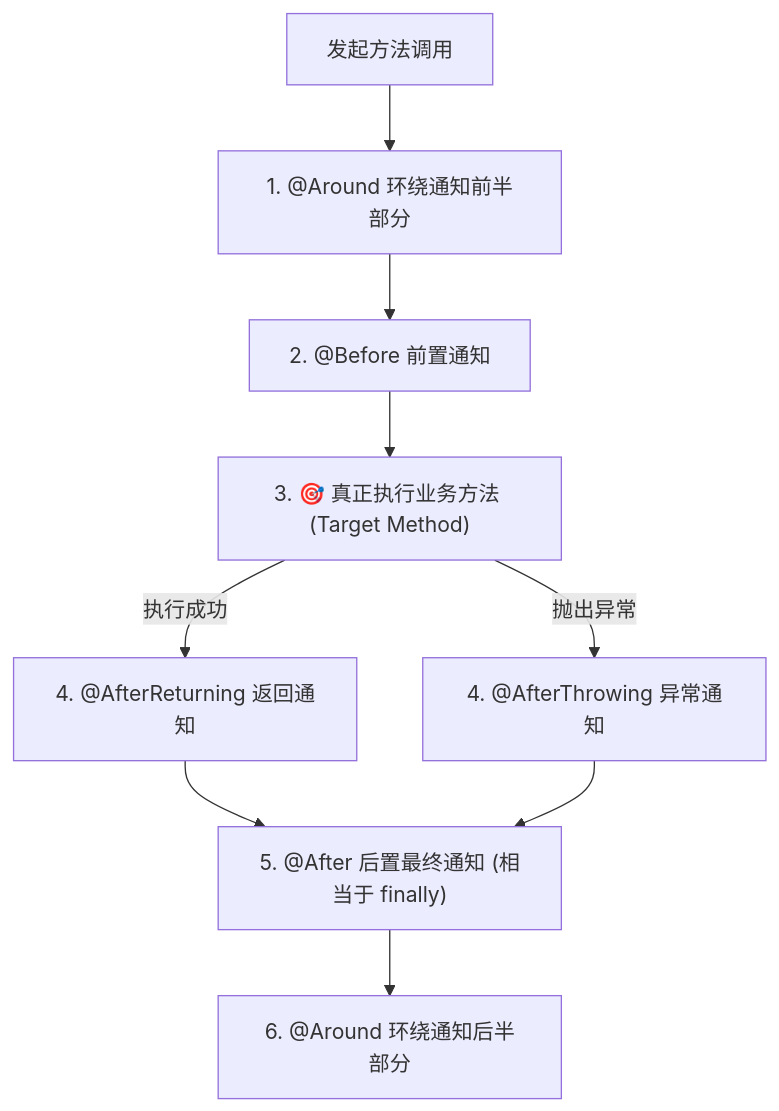
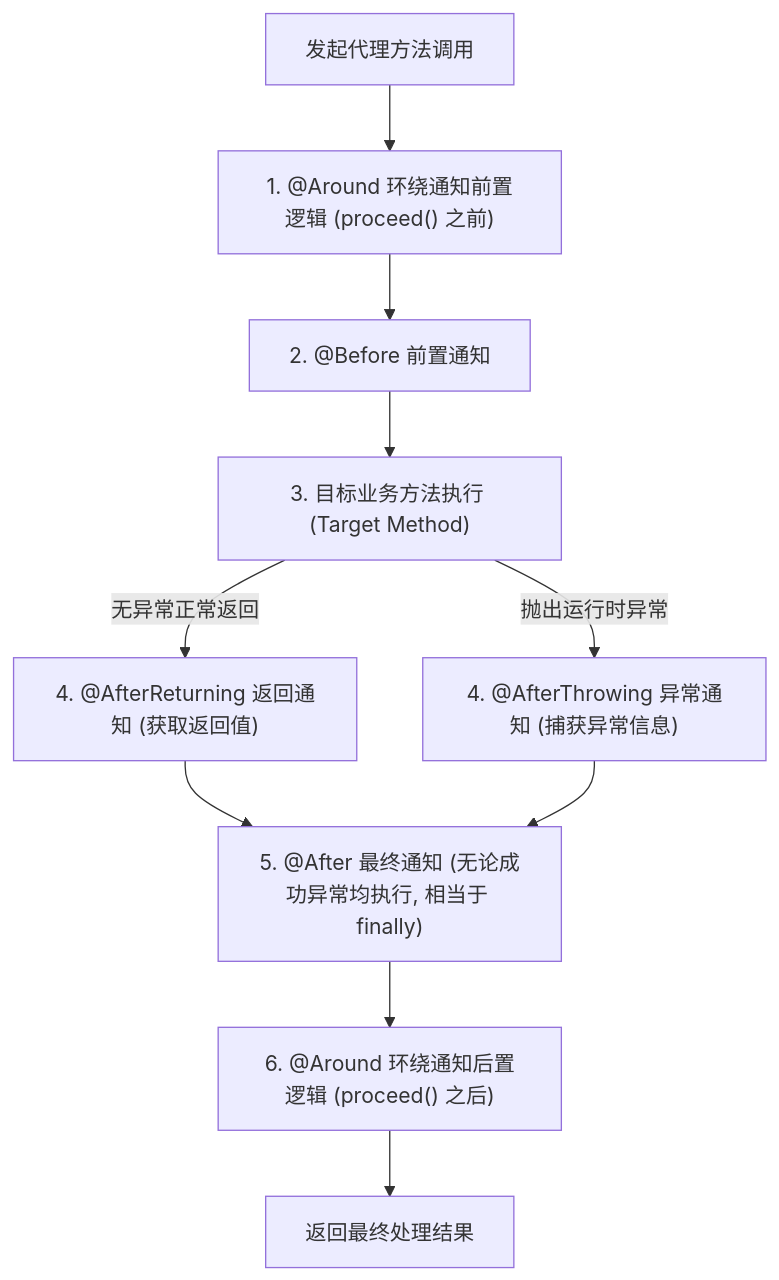
Before and after one commit to GuoWWWX/knowledge-base: the first of 3 diagrams in 20-Java后端/04-Spring生态/02-AOP原理与应用.md, drawn with Mermaid. The commit also changed other lines of this file and 234 other files, not shown here.

````diff
--- a/20-Java后端/04-Spring生态/02-AOP原理与应用.md
+++ b/20-Java后端/04-Spring生态/02-AOP原理与应用.md
@@ -62,13 +42,14 @@
 ```mermaid
 flowchart TD
-    Start["发起方法调用"] --> AroundBefore["1. @Around 环绕通知前半部分"]
-    AroundBefore --> Before["2. @Before 前置通知"]
-    Before --> Method["3. 🎯 真正执行业务方法 (Target Method)"]
+    Request["发起代理方法调用"] --> AroundStart["1. @Around 环绕通知前置逻辑 (proceed() 之前)"]
+    AroundStart --> Before["2. @Before 前置通知"]
+    Before --> Proceed["3. 目标业务方法执行 (Target Method)"]
     
-    Method -- "执行成功" --> Return["4. @AfterReturning 返回通知"]
-    Method -- "抛出异常" --> Throw["4. @AfterThrowing 异常通知"]
+    Proceed -- "无异常正常返回" --> Return["4. @AfterReturning 返回通知 (获取返回值)"]
+    Proceed -- "抛出运行时异常" --> Throw["4. @AfterThrowing 异常通知 (捕获异常信息)"]
     
-    Return --> After["5. @After 后置最终通知 (相当于 finally)"]
+    Return --> After["5. @After 最终通知 (无论成功异常均执行, 相当于 finally)"]
     Throw --> After
-    After --> AroundAfter["6. @Around 环绕通知后半部分"]
+    After --> AroundEnd["6. @Around 环绕通知后置逻辑 (proceed() 之后)"]
+    AroundEnd --> Response["返回最终处理结果"]
 ```
````
